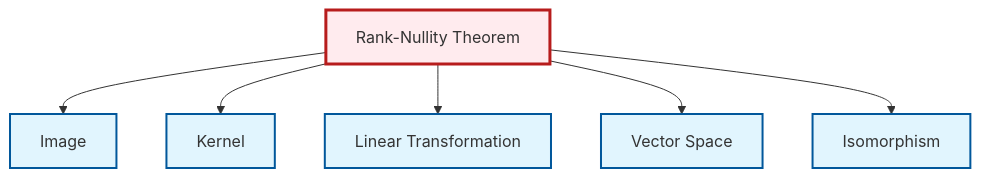
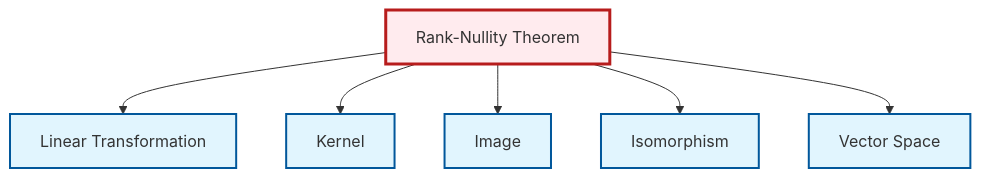
The diagram in output/mermaid/en/thm-rank-nullity.mermaid (RK0429/ModernMath), drawn with Mermaid before and after one commit. The commit also changed other lines of this file and 1704 other files, not shown here.

```diff
--- a/output/mermaid/en/thm-rank-nullity.mermaid
+++ b/output/mermaid/en/thm-rank-nullity.mermaid
@@ -1,18 +1,18 @@
 graph TD
     classDef definition fill:#e1f5fe,stroke:#01579b,stroke-width:2px
     classDef theorem fill:#f3e5f5,stroke:#4a148c,stroke-width:2px
     classDef axiom fill:#fff3e0,stroke:#e65100,stroke-width:2px
     classDef example fill:#e8f5e9,stroke:#1b5e20,stroke-width:2px
     classDef current fill:#ffebee,stroke:#b71c1c,stroke-width:3px
+    def-vector-space["Vector Space"]:::definition
     def-linear-transformation["Linear Transformation"]:::definition
-    def-vector-space["Vector Space"]:::definition
+    def-isomorphism["Isomorphism"]:::definition
+    thm-rank-nullity["Rank-Nullity Theorem"]:::theorem
+    def-kernel["Kernel"]:::definition
     def-image["Image"]:::definition
-    thm-rank-nullity["Rank-Nullity Theorem"]:::theorem
-    def-isomorphism["Isomorphism"]:::definition
-    def-kernel["Kernel"]:::definition
+    thm-rank-nullity --> def-linear-transformation
+    thm-rank-nullity --> def-kernel
     thm-rank-nullity --> def-image
-    thm-rank-nullity --> def-kernel
-    thm-rank-nullity --> def-linear-transformation
+    thm-rank-nullity --> def-isomorphism
     thm-rank-nullity --> def-vector-space
-    thm-rank-nullity --> def-isomorphism
     class thm-rank-nullity current
```
